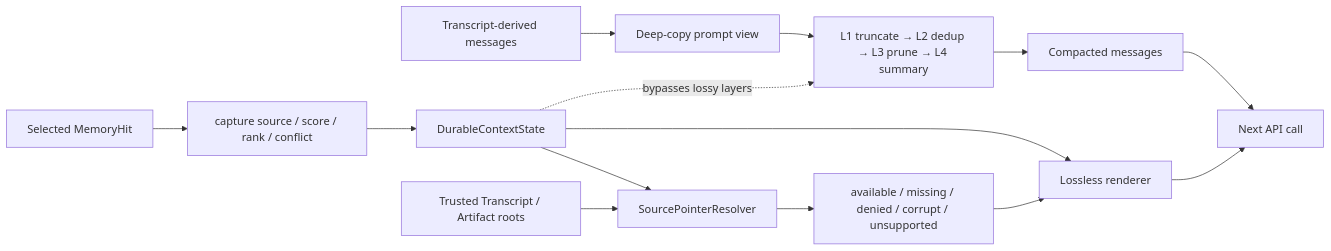
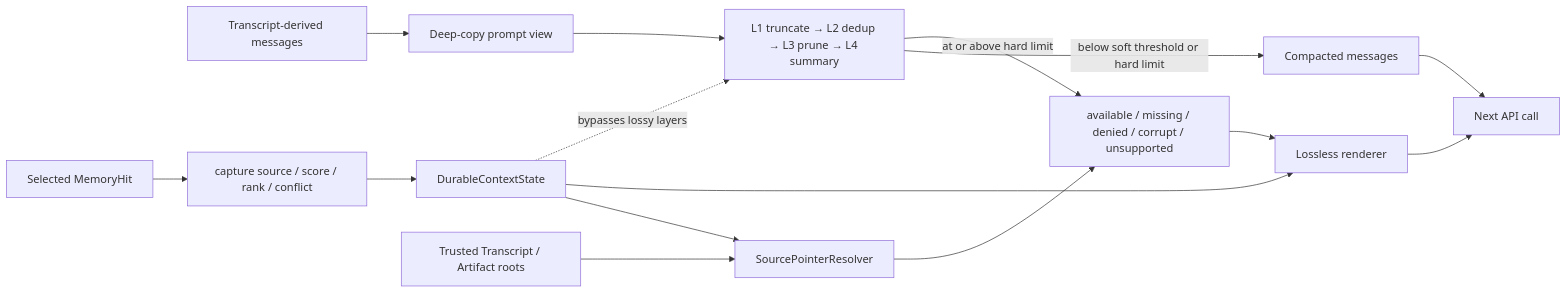
One commit to Zenquan/learn-workbuddy changed the diagram in s14_context_compact/README.md. Above: the diagram before and after it, drawn with Mermaid. The commit also changed other lines of this file and 5 other files, not shown here.

````diff
--- a/s14_context_compact/README.md
+++ b/s14_context_compact/README.md
@@ -13,16 +13,17 @@
 ```mermaid
 flowchart LR
     A["Transcript-derived messages"] --> B["Deep-copy prompt view"]
     B --> C["L1 truncate → L2 dedup → L3 prune → L4 summary"]
-    C --> D["Compacted messages"]
+    C -->|"below soft threshold or hard limit"| D["Compacted messages"]
+    C -->|"at or above hard limit"| X["MessageViewLimitExceeded"]
     H["Selected MemoryHit"] --> P["capture source / score / rank / conflict"]
     P --> S["DurableContextState"]
     T["Trusted Transcript / Artifact roots"] --> V["SourcePointerResolver"]
     S --> V
     V --> X["available / missing / denied / corrupt / unsupported"]
     X --> R["Lossless renderer"]
     S --> R
     R --> E["Next API call"]
     D --> E
     S -. "bypasses lossy layers" .-> C
 ```
````
